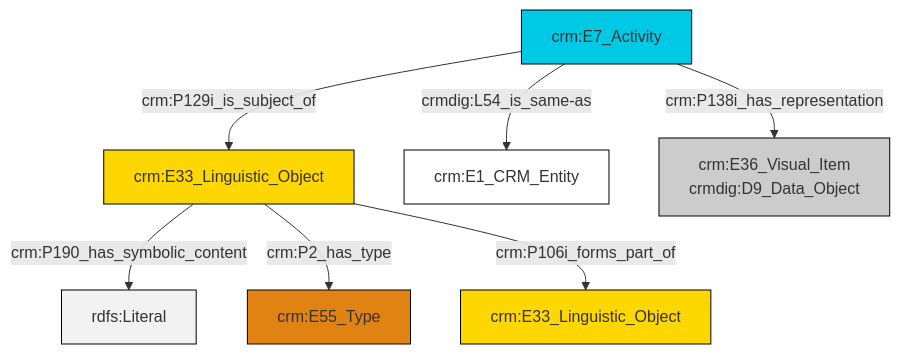
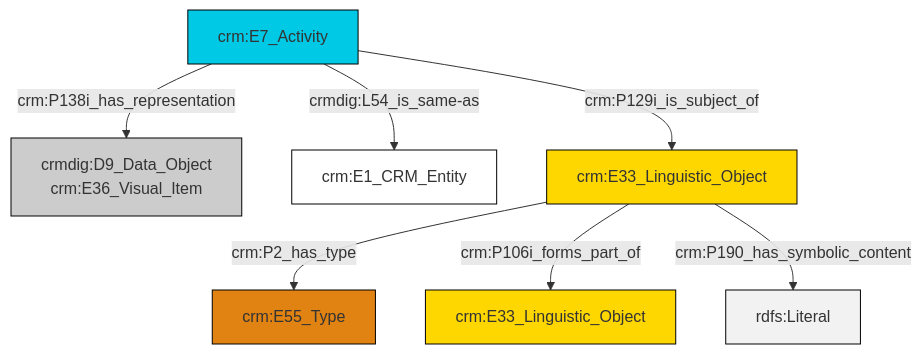
The diagram in et/eventCSV/ttl/mmd/event_documentation.ttl.mmd (swiss-art-research-net/reference-data-models), drawn with Mermaid before and after one commit. The commit also changed 158 other files, not shown here.

```diff
--- a/et/eventCSV/ttl/mmd/event_documentation.ttl.mmd
+++ b/et/eventCSV/ttl/mmd/event_documentation.ttl.mmd
@@ -1,21 +1,21 @@
 graph TD
 classDef Literal fill:#f2f2f2,stroke:#000000;
 classDef CRM_Entity fill:#FFFFFF,stroke:#000000;
 classDef Temporal_Entity fill:#00C9E6, stroke:#000000;
 classDef Type fill:#E18312, stroke:#000000;
 classDef Time-Span fill:#2C9C91, stroke:#000000;
 classDef Appellation fill:#FFEB7F, stroke:#000000;
 classDef Place fill:#008836, stroke:#000000;
 classDef Persistent_Item fill:#B266B2, stroke:#000000;
 classDef Conceptual_Object fill:#FFD700, stroke:#000000;
 classDef Physical_Thing fill:#D2B48C, stroke:#000000;
 classDef Actor fill:#f58aad, stroke:#000000;
 classDef PC_Classes fill:#4ce600, stroke:#000000;
 classDef Multi fill:#cccccc,stroke:#000000;
 
-0["crm:E33_Linguistic_Object"]:::Conceptual_Object -->|crm:P190_has_symbolic_content| 2[rdfs:Literal]:::Literal
-8["crm:E7_Activity"]:::Temporal_Entity -->|crm:P129i_is_subject_of| 0["crm:E33_Linguistic_Object"]:::Conceptual_Object
-0["crm:E33_Linguistic_Object"]:::Conceptual_Object -->|crm:P2_has_type| 3["crm:E55_Type"]:::Type
-0["crm:E33_Linguistic_Object"]:::Conceptual_Object -->|crm:P106i_forms_part_of| 5["crm:E33_Linguistic_Object"]:::Conceptual_Object
-8["crm:E7_Activity"]:::Temporal_Entity -->|crm:P138i_has_representation| 12["crm:E36_Visual_Item<br>crmdig:D9_Data_Object"]:::Multi
-8["crm:E7_Activity"]:::Temporal_Entity -->|crmdig:L54_is_same-as| 9["crm:E1_CRM_Entity"]:::CRM_Entity
+0["crm:E7_Activity"]:::Temporal_Entity -->|crm:P138i_has_representation| 4["crmdig:D9_Data_Object<br>crm:E36_Visual_Item"]:::Multi
+0["crm:E7_Activity"]:::Temporal_Entity -->|crmdig:L54_is_same-as| 7["crm:E1_CRM_Entity"]:::CRM_Entity
+9["crm:E33_Linguistic_Object"]:::Conceptual_Object -->|crm:P2_has_type| 5["crm:E55_Type"]:::Type
+9["crm:E33_Linguistic_Object"]:::Conceptual_Object -->|crm:P106i_forms_part_of| 2["crm:E33_Linguistic_Object"]:::Conceptual_Object
+9["crm:E33_Linguistic_Object"]:::Conceptual_Object -->|crm:P190_has_symbolic_content| 11[rdfs:Literal]:::Literal
+0["crm:E7_Activity"]:::Temporal_Entity -->|crm:P129i_is_subject_of| 9["crm:E33_Linguistic_Object"]:::Conceptual_Object
```
